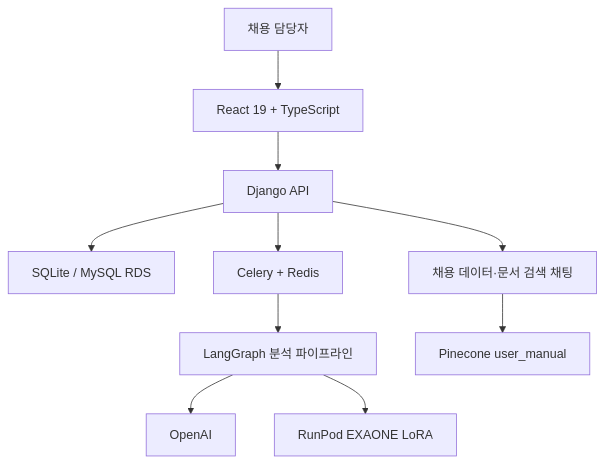
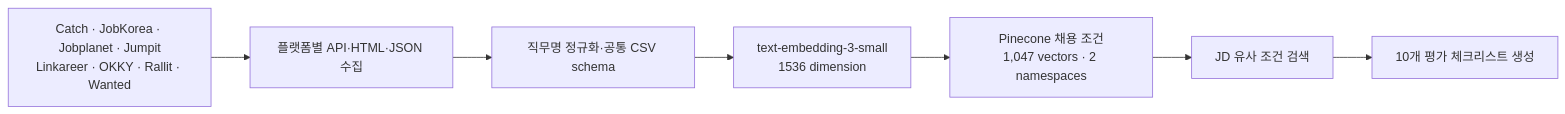
One commit to SKN26-Final-1st/Final_project changed the fifth of 6 diagrams in README.md. Above: the diagram before and after it, drawn with Mermaid. The commit also changed other lines of this file, not shown here.

````diff
--- a/README.md
+++ b/README.md
@@ -90,12 +204,10 @@
 ```mermaid
-flowchart TD
-  User["채용 담당자"] --> Frontend["React 19 + TypeScript"]
-  Frontend --> API["Django API"]
-  API --> DB["SQLite / MySQL RDS"]
-  API --> Queue["Celery + Redis"]
-  Queue --> Graph["LangGraph 분석 파이프라인"]
-  Graph --> OpenAI["OpenAI"]
-  Graph --> RunPod["RunPod EXAONE LoRA"]
-  API --> Chat["채용 데이터·문서 검색 채팅"]
-  Chat --> Pinecone["Pinecone user_manual"]
+flowchart LR
+  Sites["Catch · JobKorea · Jobplanet · Jumpit\nLinkareer · OKKY · Rallit · Wanted"]
+  Sites --> Crawl["플랫폼별 API·HTML·JSON 수집"]
+  Crawl --> Normalize["직무명 정규화·공통 CSV schema"]
+  Normalize --> Embed["text-embedding-3-small\n1536 dimension"]
+  Embed --> Pinecone["Pinecone 채용 조건\n1,047 vectors · 2 namespaces"]
+  Pinecone --> Checklist["JD 유사 조건 검색"]
+  Checklist --> Generate["10개 평가 체크리스트 생성"]
 ```
````
